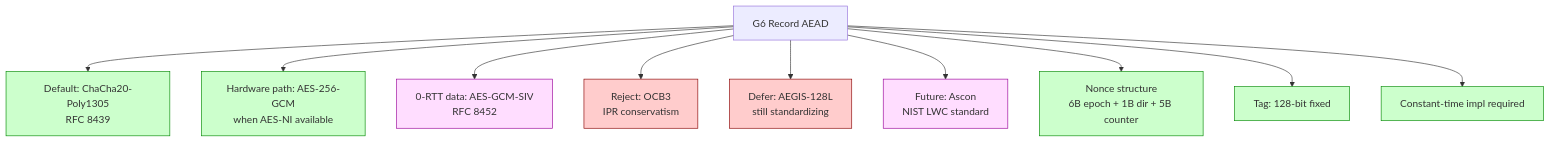
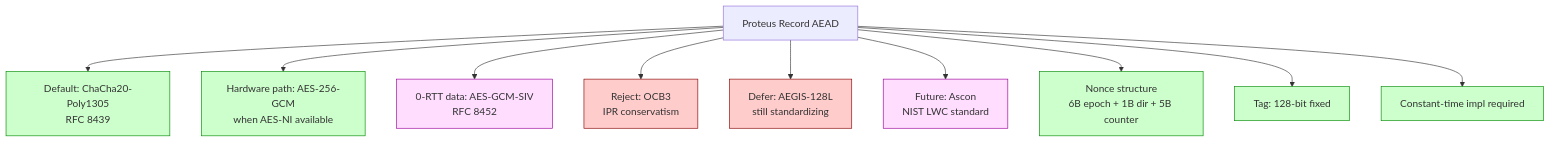
One commit to Icarus603/network-from-scratch changed the third of 3 diagrams in lessons/part-3-cryptography/3.2-symmetric-aead.md. Above: the diagram before and after it, drawn with Mermaid. The commit also changed other lines of this file and 300 other files, not shown here.

````diff
--- a/lessons/part-3-cryptography/3.2-symmetric-aead.md
+++ b/lessons/part-3-cryptography/3.2-symmetric-aead.md
@@ -506,18 +506,18 @@
 ```mermaid
 flowchart TD
     classDef chosen fill:#cfc,stroke:#080
     classDef rejected fill:#fcc,stroke:#800
     classDef open fill:#fdf,stroke:#909
 
-    G6_AEAD[G6 Record AEAD]
-    G6_AEAD --> Default[Default: ChaCha20-Poly1305<br/>RFC 8439]:::chosen
-    G6_AEAD --> HW[Hardware path: AES-256-GCM<br/>when AES-NI available]:::chosen
-    G6_AEAD --> ZeroRTT[0-RTT data: AES-GCM-SIV<br/>RFC 8452]:::open
-    G6_AEAD --> Reject_OCB[Reject: OCB3<br/>IPR conservatism]:::rejected
-    G6_AEAD --> Reject_AEGIS[Defer: AEGIS-128L<br/>still standardizing]:::rejected
-    G6_AEAD --> Future_Ascon[Future: Ascon<br/>NIST LWC standard]:::open
+    Proteus_AEAD[Proteus Record AEAD]
+    Proteus_AEAD --> Default[Default: ChaCha20-Poly1305<br/>RFC 8439]:::chosen
+    Proteus_AEAD --> HW[Hardware path: AES-256-GCM<br/>when AES-NI available]:::chosen
+    Proteus_AEAD --> ZeroRTT[0-RTT data: AES-GCM-SIV<br/>RFC 8452]:::open
+    Proteus_AEAD --> Reject_OCB[Reject: OCB3<br/>IPR conservatism]:::rejected
+    Proteus_AEAD --> Reject_AEGIS[Defer: AEGIS-128L<br/>still standardizing]:::rejected
+    Proteus_AEAD --> Future_Ascon[Future: Ascon<br/>NIST LWC standard]:::open
 
-    G6_AEAD --> Nonce[Nonce structure<br/>6B epoch + 1B dir + 5B counter]:::chosen
-    G6_AEAD --> Tag[Tag: 128-bit fixed]:::chosen
-    G6_AEAD --> CT[Constant-time impl required]:::chosen
+    Proteus_AEAD --> Nonce[Nonce structure<br/>6B epoch + 1B dir + 5B counter]:::chosen
+    Proteus_AEAD --> Tag[Tag: 128-bit fixed]:::chosen
+    Proteus_AEAD --> CT[Constant-time impl required]:::chosen
 ```
````
